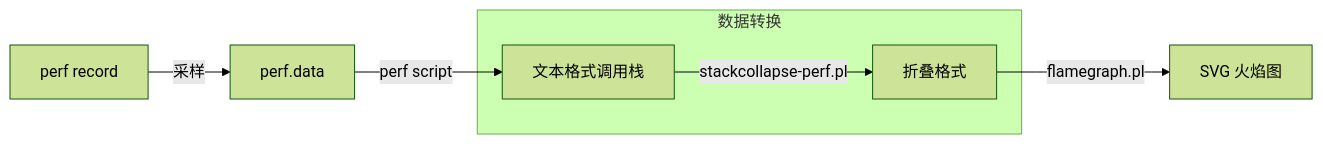
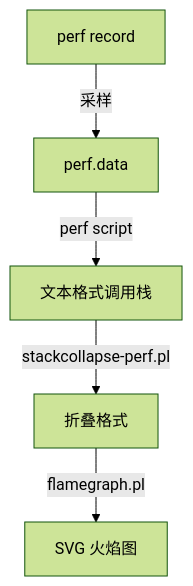
Before and after one commit to jpixy/jpixy.github.io: the tenth of 13 diagrams in content/articles/linux/linux-37-perf性能分析工具深度解析.md, drawn with Mermaid (forest theme). The commit also changed other lines of this file, not shown here.

Commit message:
fix: convert horizontal Mermaid diagrams to vertical layout

````diff
--- a/content/articles/linux/linux-37-perf性能分析工具深度解析.md
+++ b/content/articles/linux/linux-37-perf性能分析工具深度解析.md
@@ -652,12 +647,7 @@
 ```mermaid
-graph LR
+graph TB
     A[perf record] -->|采样| B[perf.data]
     B -->|perf script| C[文本格式调用栈]
     C -->|stackcollapse-perf.pl| D[折叠格式]
     D -->|flamegraph.pl| E[SVG 火焰图]
-
-    subgraph 数据转换
-        C
-        D
-    end
 ```
````
